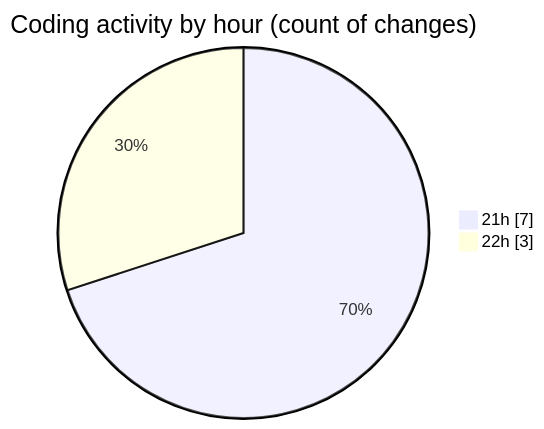
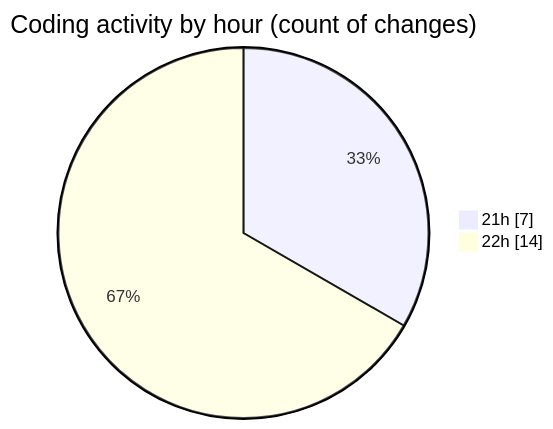
One commit to lephambinh05/code-tracking changed the second of 2 diagrams in 2025-08-16/studybuddy/README.md. Above: the diagram before and after it, drawn with Mermaid. The commit also changed other lines of this file and 1 other file, not shown here.

````diff
--- a/2025-08-16/studybuddy/README.md
+++ b/2025-08-16/studybuddy/README.md
@@ -31,6 +34,6 @@
 ```mermaid
 pie showData
 title Coding activity by hour (count of changes)
 "21h" : 7
-"22h" : 3
+"22h" : 14
 ```
````
